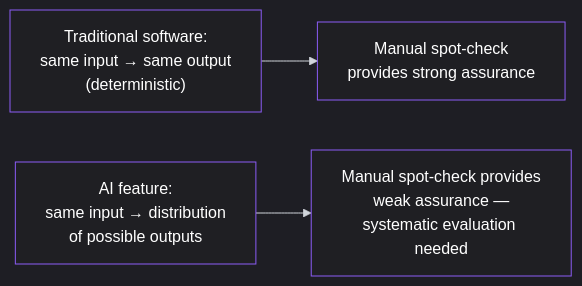
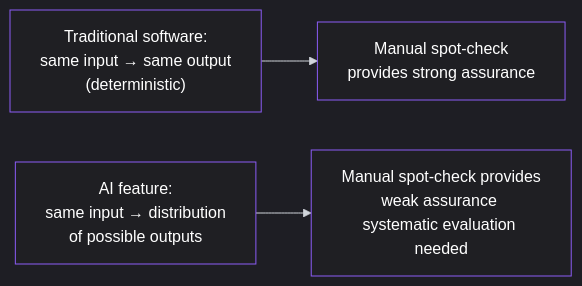
Before and after one commit to pmacademy-app/web: the first of 3 diagrams in content/lessons/lesson-058.md, drawn with Mermaid. The commit also changed other lines of this file and 90 other files, not shown here.

````diff
--- a/content/lessons/lesson-058.md
+++ b/content/lessons/lesson-058.md
@@ -49,35 +49,35 @@
 ```mermaid
 %%{init: {
   "theme": "dark",
   "themeVariables": {
     "background": "#0b0b0c",
     "primaryColor": "#1f1f23",
     "primaryTextColor": "#ffffff",
     "primaryBorderColor": "#8b5cf6",
     "lineColor": "#d1d5db",
     "secondaryColor": "#18181b",
     "tertiaryColor": "#111111",
     "mainBkg": "#1f1f23",
     "nodeBorder": "#8b5cf6",
     "clusterBkg": "#000000",
     "clusterBorder": "#27272a",
     "titleColor": "#ffffff",
     "edgeLabelBackground": "#0b0b0c",
     "nodeTextColor": "#ffffff",
     "edgeLabelColor": "#ffffff",
     "actorBorder": "#8b5cf6",
     "actorBkg": "#1f1f23",
     "actorTextColor": "#ffffff",
     "sequenceNumberColor": "#ffffff",
     "signalColor": "#8b5cf6",
     "signalTextColor": "#ffffff",
     "textColor": "#ffffff",
     "classText": "#ffffff",
     "classBorder": "#8b5cf6",
     "classBkg": "#1f1f23"
   }
 }}%%
 graph LR
     A["Traditional software:<br/>same input → same output<br/>(deterministic)"] --> B[Manual spot-check<br/>provides strong assurance]
-    C["AI feature:<br/>same input → distribution<br/>of possible outputs"] --> D[Manual spot-check provides<br/>weak assurance —<br/>systematic evaluation needed]
+    C["AI feature:<br/>same input → distribution<br/>of possible outputs"] --> D[Manual spot-check provides<br/>weak assurance <br/>systematic evaluation needed]
 ```
````
